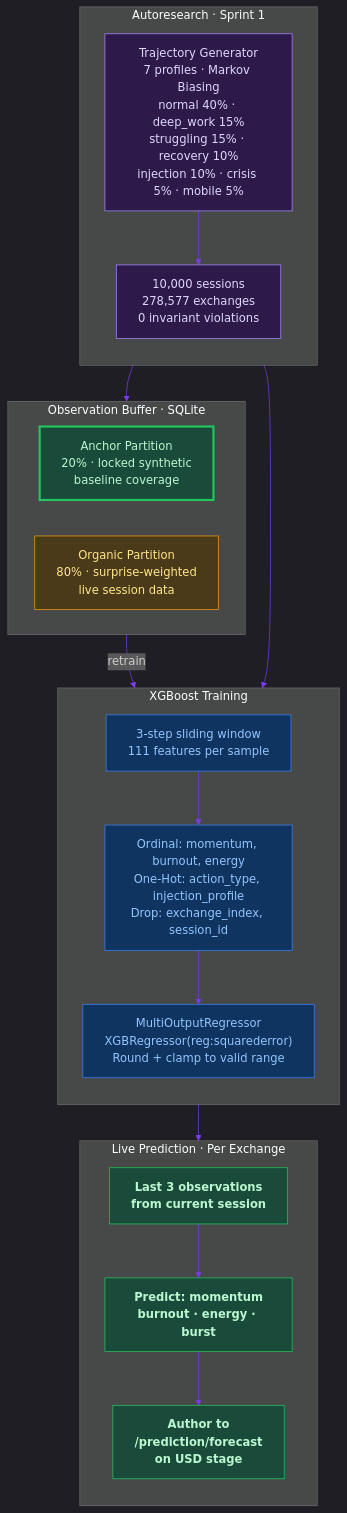
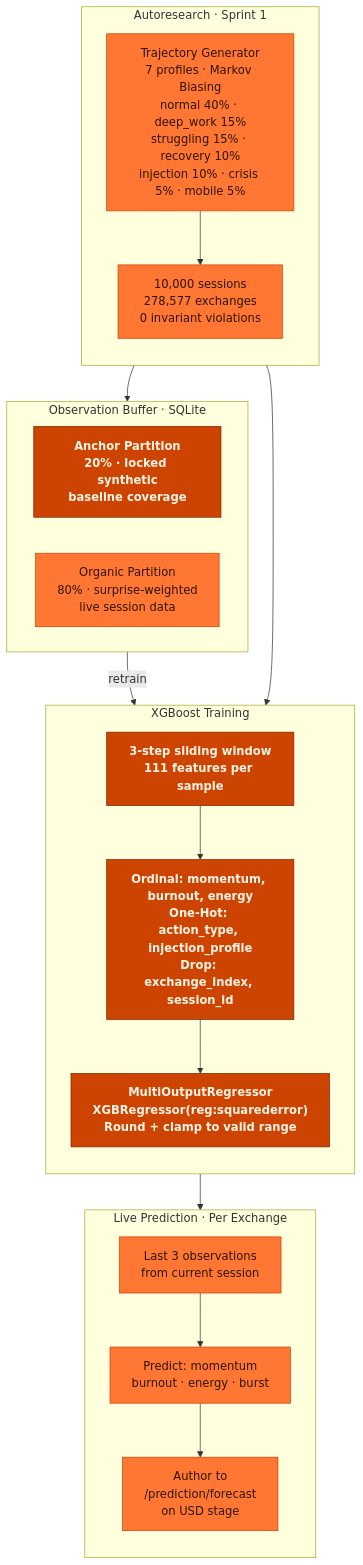
One commit to JosephOIbrahim/Harlo changed diagram 11 of 11 in README.md. Above: the diagram before and after it, drawn with Mermaid. The commit also changed other lines of this file, not shown here.

First line of the commit message:
docs(readme): full v6.0-MOTOR refresh + two-tone-orange mermaid palette

````diff
--- a/README.md
+++ b/README.md
@@ -442,43 +566,39 @@
 ```mermaid
-%%{init: {'theme': 'dark', 'themeVariables': {'primaryColor': '#1a1a2e', 'primaryTextColor': '#e0e0e0', 'primaryBorderColor': '#7c3aed', 'lineColor': '#7c3aed'}}}%%
 graph TB
     subgraph SYNTHETIC["Autoresearch · Sprint 1"]
         direction TB
-        GEN["Trajectory Generator\n7 profiles · Markov Biasing\nnormal 40% · deep_work 15%\nstruggling 15% · recovery 10%\ninjection 10% · crisis 5% · mobile 5%"]:::gen
-        TRAJ["10,000 sessions\n278,577 exchanges\n0 invariant violations"]:::gen
+        GEN["Trajectory Generator<br/>7 profiles · Markov Biasing<br/>normal 40% · deep_work 15%<br/>struggling 15% · recovery 10%<br/>injection 10% · crisis 5% · mobile 5%"]:::runtime
+        TRAJ["10,000 sessions<br/>278,577 exchanges<br/>0 invariant violations"]:::runtime
         GEN --> TRAJ
     end
 
     subgraph BUFFER["Observation Buffer · SQLite"]
         direction LR
-        ANCHOR["Anchor Partition\n20% · locked synthetic\nbaseline coverage"]:::anchor
-        ORGANIC["Organic Partition\n80% · surprise-weighted\nlive session data"]:::organic
+        ANCHOR["Anchor Partition<br/>20% · locked synthetic<br/>baseline coverage"]:::substrate
+        ORGANIC["Organic Partition<br/>80% · surprise-weighted<br/>live session data"]:::runtime
     end
 
     subgraph TRAINING["XGBoost Training"]
         direction TB
-        WINDOW["3-step sliding window\n111 features per sample"]:::train
-        ENCODE["Ordinal: momentum, burnout, energy\nOne-Hot: action_type, injection_profile\nDrop: exchange_index, session_id"]:::train
-        MODEL["MultiOutputRegressor\nXGBRegressor(reg:squarederror)\nRound + clamp to valid range"]:::train
+        WINDOW["3-step sliding window<br/>111 features per sample"]:::substrate
+        ENCODE["Ordinal: momentum, burnout, energy<br/>One-Hot: action_type, injection_profile<br/>Drop: exchange_index, session_id"]:::substrate
+        MODEL["MultiOutputRegressor<br/>XGBRegressor(reg:squarederror)<br/>Round + clamp to valid range"]:::substrate
         WINDOW --> ENCODE --> MODEL
     end
 
     subgraph LIVE["Live Prediction · Per Exchange"]
         direction TB
-        OBS_WIN["Last 3 observations\nfrom current session"]:::live
-        PRED["Predict: momentum\nburnout · energy · burst"]:::live
-        AUTHOR["Author to\n/prediction/forecast\non USD stage"]:::live
+        OBS_WIN["Last 3 observations<br/>from current session"]:::runtime
+        PRED["Predict: momentum<br/>burnout · energy · burst"]:::runtime
+        AUTHOR["Author to<br/>/prediction/forecast<br/>on USD stage"]:::runtime
         OBS_WIN --> PRED --> AUTHOR
     end
 
     TRAJ --> ANCHOR
     TRAJ --> TRAINING
     ORGANIC -->|"retrain"| TRAINING
     MODEL --> LIVE
 
-    classDef gen fill:#2e1a4a,stroke:#a78bfa,color:#ddd6fe
-    classDef anchor fill:#1a4a3a,stroke:#22c55e,color:#bbf7d0,stroke-width:3px
-    classDef organic fill:#4a3a1a,stroke:#f59e0b,color:#fde68a
-    classDef train fill:#0f3460,stroke:#3b82f6,color:#93c5fd
-    classDef live fill:#1a4a3a,stroke:#22c55e,color:#bbf7d0,font-weight:bold
+    classDef substrate fill:#CC4400,stroke:#7A2900,color:#FFF4E6,font-weight:bold
+    classDef runtime fill:#FF7733,stroke:#CC4400,color:#2D1500
 ```
````
